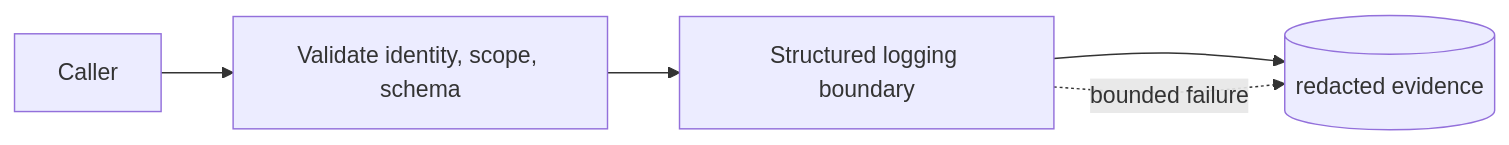
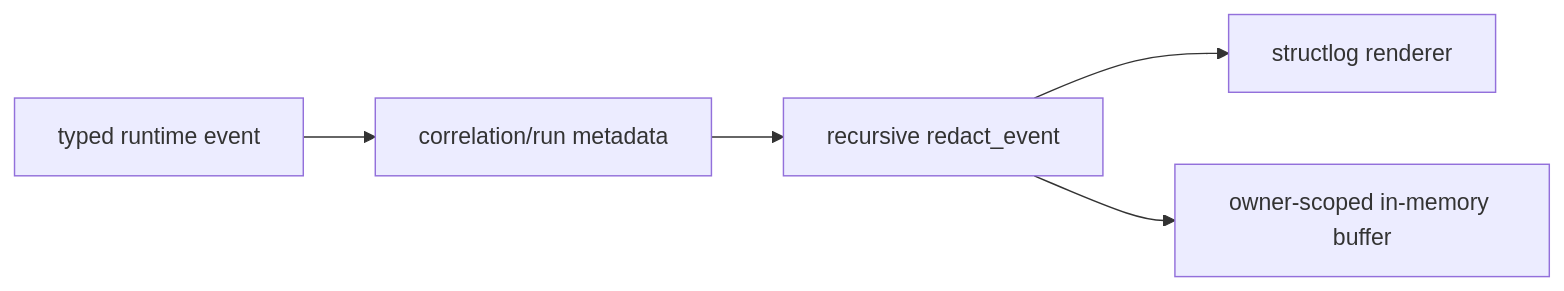
One commit to levalencia/archon changed the diagram in docs/course/concepts/structured-logging.md. Above: the diagram before and after it, drawn with Mermaid. The commit also changed other lines of this file and 22 other files, not shown here.

Commit message:
docs: correct advanced course architecture and claims

````diff
--- a/docs/course/concepts/structured-logging.md
+++ b/docs/course/concepts/structured-logging.md
@@ -35,7 +12,7 @@
 ```mermaid
 flowchart LR
-  Caller --> V[Validate identity, scope, schema]
-  V --> C[Structured logging boundary]
-  C --> E[(redacted evidence)]
-  C -. bounded failure .-> E
+  E[typed runtime event] --> C[correlation/run metadata]
+  C --> R[recursive redact_event]
+  R --> S[structlog renderer]
+  R --> B[owner-scoped in-memory buffer]
 ```
````
